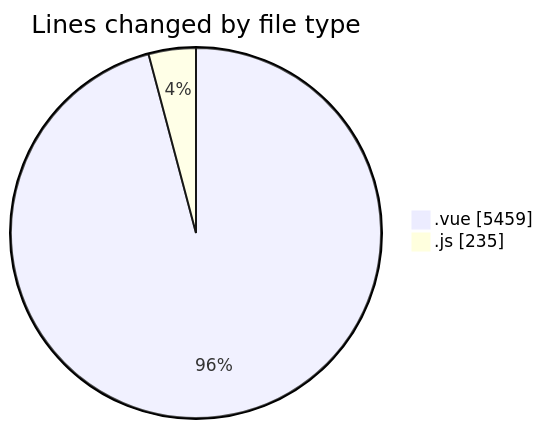
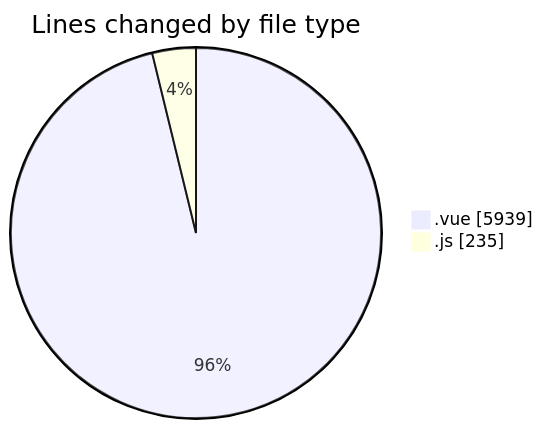
Before and after one commit to lephambinh05/code-tracking: the first of 2 diagrams in 2025-08-13/rentotp/README.md, drawn with Mermaid. The commit also changed other lines of this file and 1 other file, not shown here.

````diff
--- a/2025-08-13/rentotp/README.md
+++ b/2025-08-13/rentotp/README.md
@@ -30,6 +30,6 @@
 ```mermaid
 pie showData
 title Lines changed by file type
-".vue" : 5459
+".vue" : 5939
 ".js" : 235
 ```
````
